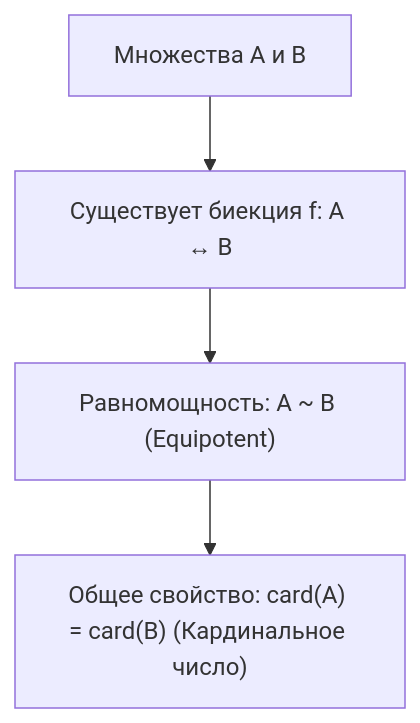
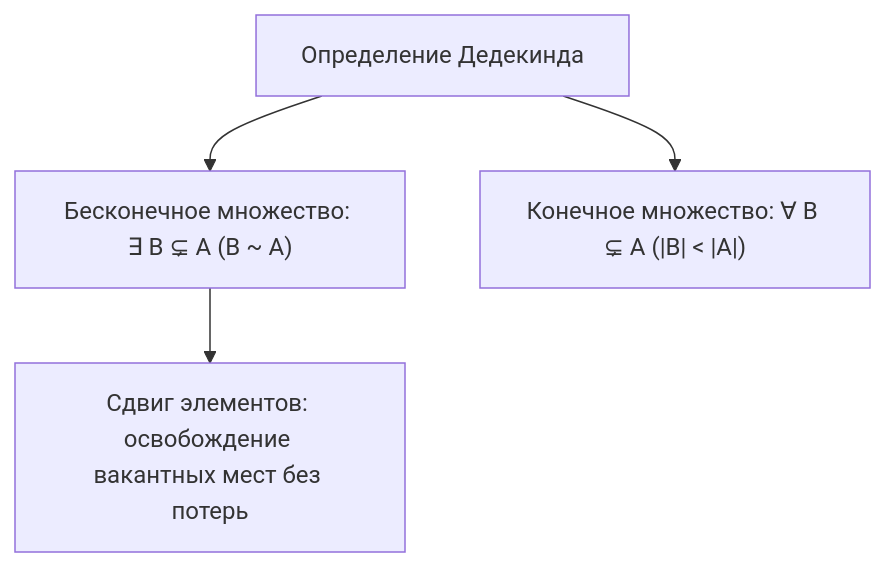
The second of 11 diagrams in ДМ/Лекция 8/Дискретная математика лекция 8.md (bprm60-del/ITMO_IS_lectory), drawn with Mermaid before and after one commit. The commit also changed other lines of this file, not shown here.

````diff
--- a/ДМ/Лекция 8/Дискретная математика лекция 8.md
+++ b/ДМ/Лекция 8/Дискретная математика лекция 8.md
@@ -26,6 +85,6 @@
 ```mermaid
 graph TD
-    Sets["Множества A и B"] --> Bij["Существует биекция f: A ↔ B"]
-    Bij --> Eq["Равномощность: A ~ B (Equipotent)"]
-    Eq --> Card["Общее свойство: card(A) = card(B) (Кардинальное число)"]
+    Def["Определение Дедекинда"] --> Inf["Бесконечное множество: ∃ B ⊊ A (B ~ A)"]
+    Def --> Fin["Конечное множество: ∀ B ⊊ A (|B| < |A|)"]
+    Inf --> Shift["Сдвиг элементов: освобождение вакантных мест без потерь"]
 ```
````
